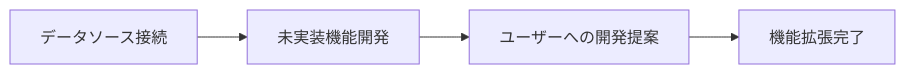
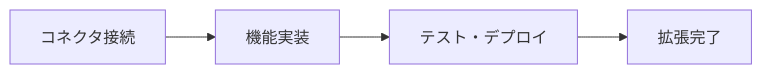
One commit to PLUG365/DecisionFlow changed the seventh of 12 diagrams in README.md. Above: the diagram before and after it, drawn with Mermaid. The commit also changed other lines of this file, not shown here.

````diff
--- a/README.md
+++ b/README.md
@@ -84,6 +269,6 @@
 ```mermaid
 graph LR
-    A[データソース接続] --> B[未実装機能開発]
-    B --> C[ユーザーへの開発提案]
-    C --> D[機能拡張完了]
+    A[コネクタ接続] --> B[機能実装]
+    B --> C[テスト・デプロイ]
+    C --> D[拡張完了]
 ```
````
